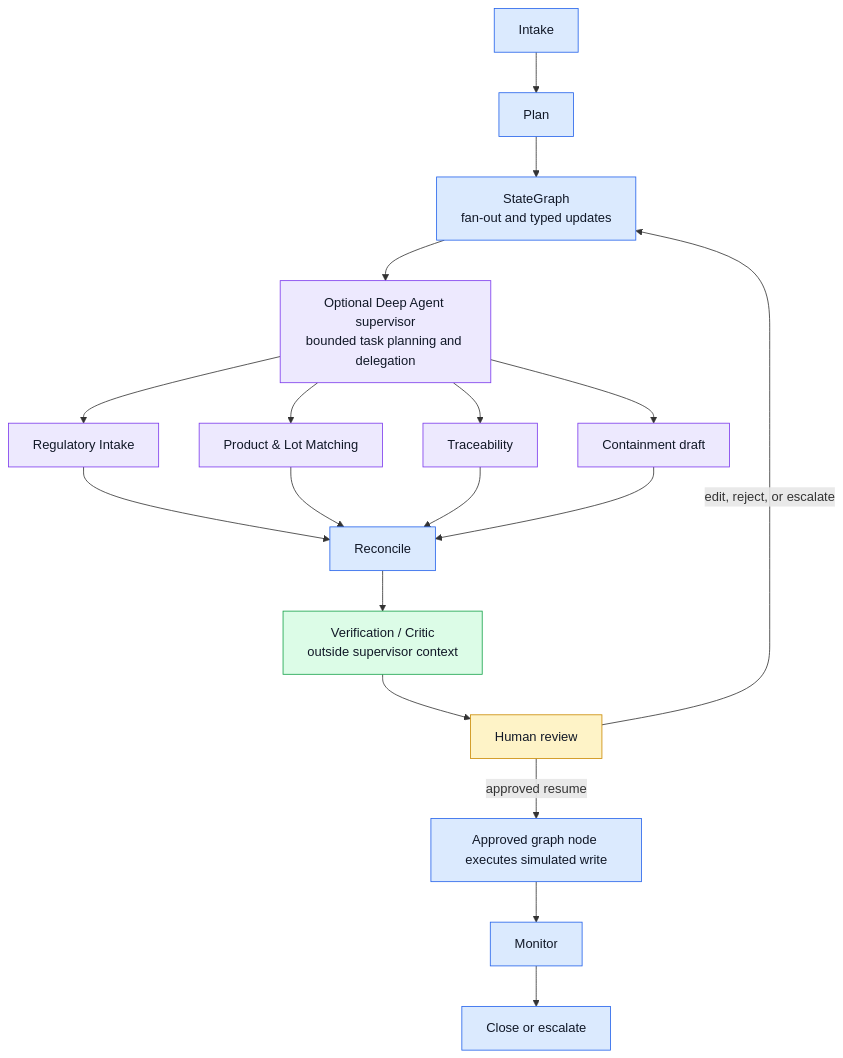
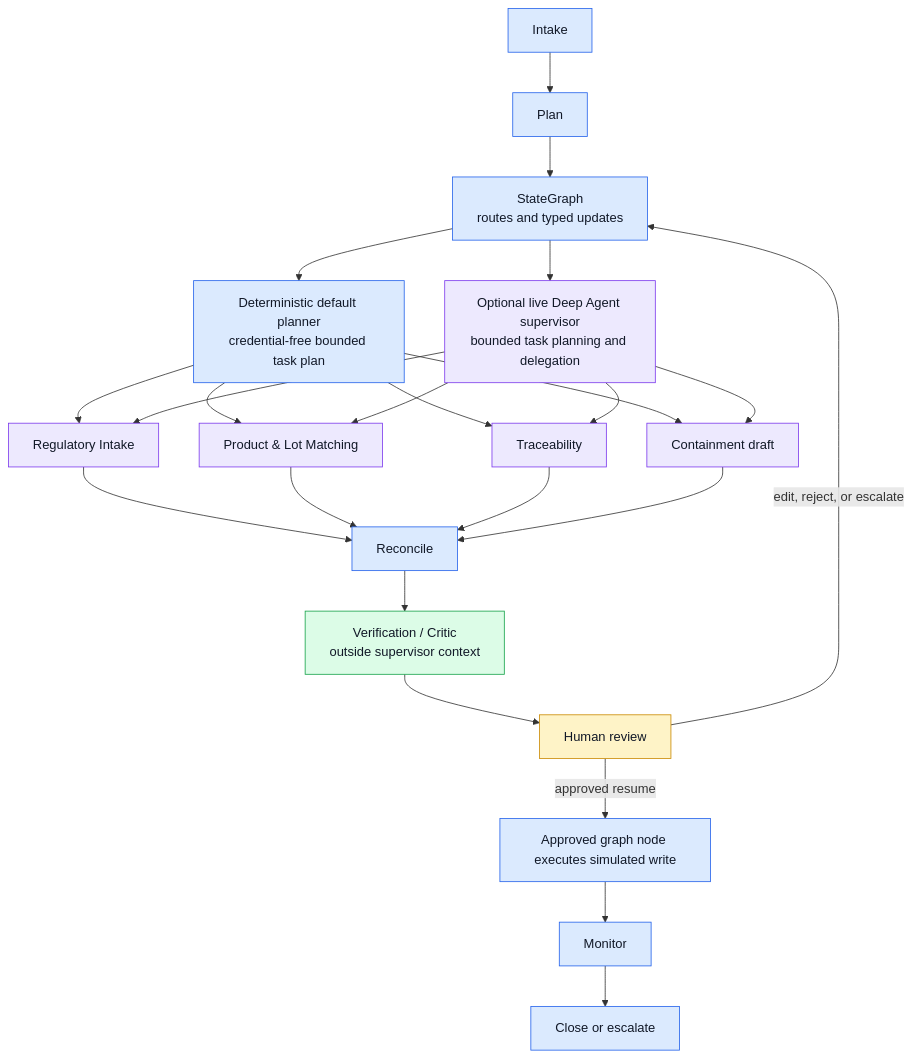
The diagram in docs/images/03_orchestration.mmd (nagarjunakanamarlapudi/reacall-agents), drawn with Mermaid before and after one commit. The commit also changed 26 other files, not shown here.

Commit message:
docs: harden Task 10 diagram and demo contracts

```diff
--- a/docs/images/03_orchestration.mmd
+++ b/docs/images/03_orchestration.mmd
@@ -1,20 +1,25 @@
 flowchart TB
   classDef statefill fill:#dbeafe,stroke:#2563eb,color:#111827
   classDef agent fill:#ede9fe,stroke:#7c3aed,color:#111827
   classDef verify fill:#dcfce7,stroke:#16a34a,color:#111827
   classDef human fill:#fef3c7,stroke:#ca8a04,color:#111827
-  I["Intake"]:::statefill --> P["Plan"]:::statefill --> SG["StateGraph<br/>fan-out and typed updates"]:::statefill
-  SG --> DA["Optional Deep Agent supervisor<br/>bounded task planning and delegation"]:::agent
+  I["Intake"]:::statefill --> P["Plan"]:::statefill --> SG["StateGraph<br/>routes and typed updates"]:::statefill
+  SG --> DS["Deterministic default planner<br/>credential-free bounded task plan"]:::statefill
+  SG --> DA["Optional live Deep Agent supervisor<br/>bounded task planning and delegation"]:::agent
+  DS --> RI["Regulatory Intake"]:::agent
+  DS --> PM["Product & Lot Matching"]:::agent
+  DS --> TR["Traceability"]:::agent
+  DS --> CO["Containment draft"]:::agent
   DA --> RI["Regulatory Intake"]:::agent
   DA --> PM["Product & Lot Matching"]:::agent
   DA --> TR["Traceability"]:::agent
   DA --> CO["Containment draft"]:::agent
   RI --> REC["Reconcile"]:::statefill
   PM --> REC
   TR --> REC
   CO --> REC
   REC --> VC["Verification / Critic<br/>outside supervisor context"]:::verify
   VC --> HR["Human review"]:::human
   HR -->|approved resume| EX["Approved graph node executes simulated write"]:::statefill
   HR -->|edit, reject, or escalate| SG
   EX --> MON["Monitor"]:::statefill --> CLOSE["Close or escalate"]:::statefill
```
